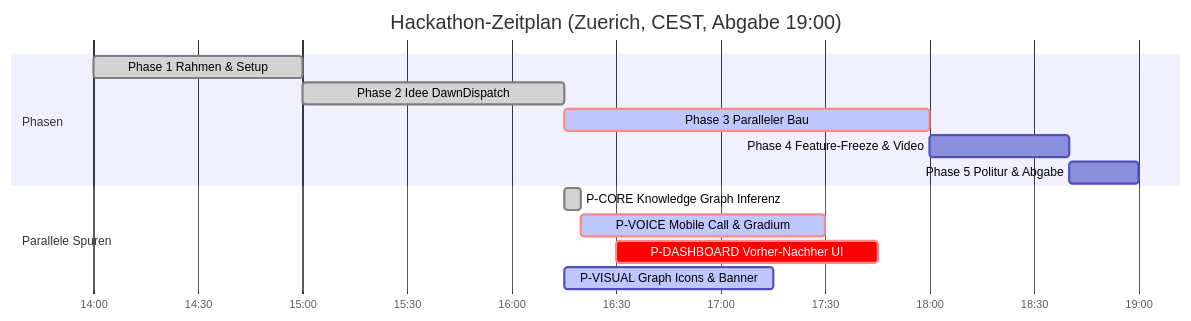
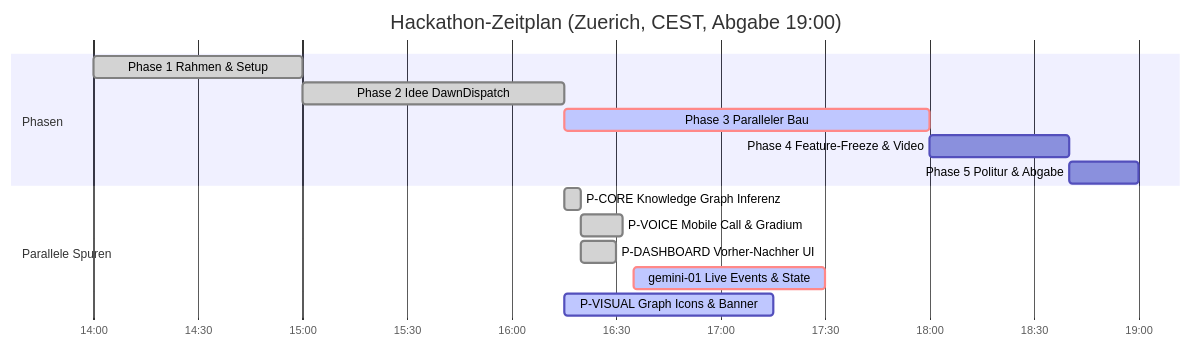
The diagram in STAND.md (Philipp2agent/agentic-hack-google), drawn with Mermaid before and after one commit. The commit also changed other lines of this file and 1 other file, not shown here.

Commit message:
docs(stand): P-VOICE, P-DASHBOARD & claude-02 gemerged, gemini-01 an hack-bau1 vergeben

````diff
--- a/STAND.md
+++ b/STAND.md
@@ -21,17 +21,18 @@
 ```mermaid
 gantt
   title Hackathon-Zeitplan (Zuerich, CEST, Abgabe 19:00)
   dateFormat HH:mm
   axisFormat %H:%M
   section Phasen
   Phase 1 Rahmen & Setup         :done, p1, 14:00, 15:00
   Phase 2 Idee DawnDispatch      :done, p2, 15:00, 16:15
   Phase 3 Paralleler Bau         :crit, active, p3, 16:15, 18:00
   Phase 4 Feature-Freeze & Video :p4, 18:00, 18:40
   Phase 5 Politur & Abgabe       :p5, 18:40, 19:00
   section Parallele Spuren
   P-CORE Knowledge Graph Inferenz   :done, p_core, 16:15, 16:20
-  P-VOICE Mobile Call & Gradium     :crit, active, p_voi, 16:20, 17:30
-  P-DASHBOARD Vorher-Nachher UI     :crit, p_dash, 16:30, 17:45
+  P-VOICE Mobile Call & Gradium     :done, p_voi, 16:20, 16:32
+  P-DASHBOARD Vorher-Nachher UI     :done, p_dash, 16:20, 16:30
+  gemini-01 Live Events & State     :crit, active, p_gem1, 16:35, 17:30
   P-VISUAL Graph Icons & Banner     :active, p_vis, 16:15, 17:15
 ```
````
